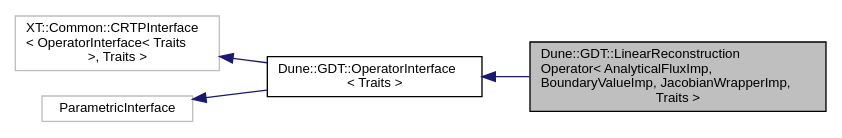
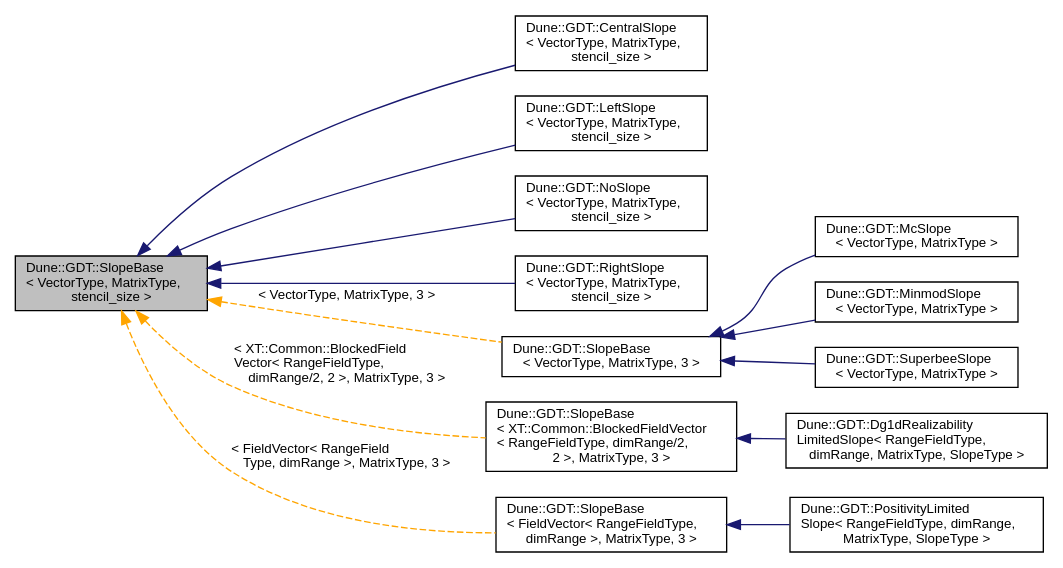
The diagram in docs/dune-gdt/''/a02043.dot (dune-community/dune-community.github.io), drawn with Graphviz before and after one commit. The commit also changed 2442 other files, not shown here.

Commit message:
Updated documentation for dune-gdt ''

```diff
--- a/docs/dune-gdt/''/a02043.dot
+++ b/docs/dune-gdt/''/a02043.dot
@@ -1,13 +1,31 @@
-digraph "Dune::GDT::LinearReconstructionOperator&lt; AnalyticalFluxImp, BoundaryValueImp, JacobianWrapperImp, Traits &gt;"
+digraph "Dune::GDT::SlopeBase&lt; VectorType, MatrixType, stencil_size &gt;"
 {
   edge [fontname="Helvetica",fontsize="10",labelfontname="Helvetica",labelfontsize="10"];
   node [fontname="Helvetica",fontsize="10",shape=record];
   rankdir="LR";
-  Node0 [label="Dune::GDT::LinearReconstruction\lOperator\< AnalyticalFluxImp,\l BoundaryValueImp, JacobianWrapperImp,\l Traits \>",height=0.2,width=0.4,color="black", fillcolor="grey75", style="filled", fontcolor="black"];
-  Node1 -> Node0 [dir="back",color="midnightblue",fontsize="10",style="solid",fontname="Helvetica"];
-  Node1 [label="Dune::GDT::OperatorInterface\l\< Traits \>",height=0.2,width=0.4,color="black", fillcolor="white", style="filled",URL="$a02136.html"];
-  Node2 -> Node1 [dir="back",color="midnightblue",fontsize="10",style="solid",fontname="Helvetica"];
-  Node2 [label="XT::Common::CRTPInterface\l\< OperatorInterface\< Traits\l \>, Traits \>",height=0.2,width=0.4,color="grey75", fillcolor="white", style="filled"];
-  Node3 -> Node1 [dir="back",color="midnightblue",fontsize="10",style="solid",fontname="Helvetica"];
-  Node3 [label="ParametricInterface",height=0.2,width=0.4,color="grey75", fillcolor="white", style="filled"];
+  Node0 [label="Dune::GDT::SlopeBase\l\< VectorType, MatrixType,\l stencil_size \>",height=0.2,width=0.4,color="black", fillcolor="grey75", style="filled", fontcolor="black"];
+  Node0 -> Node1 [dir="back",color="midnightblue",fontsize="10",style="solid",fontname="Helvetica"];
+  Node1 [label="Dune::GDT::CentralSlope\l\< VectorType, MatrixType,\l stencil_size \>",height=0.2,width=0.4,color="black", fillcolor="white", style="filled",URL="$a02048.html"];
+  Node0 -> Node2 [dir="back",color="midnightblue",fontsize="10",style="solid",fontname="Helvetica"];
+  Node2 [label="Dune::GDT::LeftSlope\l\< VectorType, MatrixType,\l stencil_size \>",height=0.2,width=0.4,color="black", fillcolor="white", style="filled",URL="$a02052.html"];
+  Node0 -> Node3 [dir="back",color="midnightblue",fontsize="10",style="solid",fontname="Helvetica"];
+  Node3 [label="Dune::GDT::NoSlope\l\< VectorType, MatrixType,\l stencil_size \>",height=0.2,width=0.4,color="black", fillcolor="white", style="filled",URL="$a02060.html"];
+  Node0 -> Node4 [dir="back",color="midnightblue",fontsize="10",style="solid",fontname="Helvetica"];
+  Node4 [label="Dune::GDT::RightSlope\l\< VectorType, MatrixType,\l stencil_size \>",height=0.2,width=0.4,color="black", fillcolor="white", style="filled",URL="$a02056.html"];
+  Node0 -> Node5 [dir="back",color="orange",fontsize="10",style="dashed",label=" \< VectorType, MatrixType, 3 \>" ,fontname="Helvetica"];
+  Node5 [label="Dune::GDT::SlopeBase\l\< VectorType, MatrixType, 3 \>",height=0.2,width=0.4,color="black", fillcolor="white", style="filled",URL="$a02044.html"];
+  Node5 -> Node6 [dir="back",color="midnightblue",fontsize="10",style="solid",fontname="Helvetica"];
+  Node6 [label="Dune::GDT::McSlope\l\< VectorType, MatrixType \>",height=0.2,width=0.4,color="black", fillcolor="white", style="filled",URL="$a02068.html"];
+  Node5 -> Node7 [dir="back",color="midnightblue",fontsize="10",style="solid",fontname="Helvetica"];
+  Node7 [label="Dune::GDT::MinmodSlope\l\< VectorType, MatrixType \>",height=0.2,width=0.4,color="black", fillcolor="white", style="filled",URL="$a02064.html"];
+  Node5 -> Node8 [dir="back",color="midnightblue",fontsize="10",style="solid",fontname="Helvetica"];
+  Node8 [label="Dune::GDT::SuperbeeSlope\l\< VectorType, MatrixType \>",height=0.2,width=0.4,color="black", fillcolor="white", style="filled",URL="$a02072.html"];
+  Node0 -> Node9 [dir="back",color="orange",fontsize="10",style="dashed",label=" \< XT::Common::BlockedField\lVector\< RangeFieldType,\l dimRange/2, 2 \>, MatrixType, 3 \>" ,fontname="Helvetica"];
+  Node9 [label="Dune::GDT::SlopeBase\l\< XT::Common::BlockedFieldVector\l\< RangeFieldType, dimRange/2,\l 2 \>, MatrixType, 3 \>",height=0.2,width=0.4,color="black", fillcolor="white", style="filled",URL="$a02044.html"];
+  Node9 -> Node10 [dir="back",color="midnightblue",fontsize="10",style="solid",fontname="Helvetica"];
+  Node10 [label="Dune::GDT::Dg1dRealizability\lLimitedSlope\< RangeFieldType,\l dimRange, MatrixType, SlopeType \>",height=0.2,width=0.4,color="black", fillcolor="white", style="filled",URL="$a02080.html"];
+  Node0 -> Node11 [dir="back",color="orange",fontsize="10",style="dashed",label=" \< FieldVector\< RangeField\lType, dimRange \>, MatrixType, 3 \>" ,fontname="Helvetica"];
+  Node11 [label="Dune::GDT::SlopeBase\l\< FieldVector\< RangeFieldType,\l dimRange \>, MatrixType, 3 \>",height=0.2,width=0.4,color="black", fillcolor="white", style="filled",URL="$a02044.html"];
+  Node11 -> Node12 [dir="back",color="midnightblue",fontsize="10",style="solid",fontname="Helvetica"];
+  Node12 [label="Dune::GDT::PositivityLimited\lSlope\< RangeFieldType, dimRange,\l MatrixType, SlopeType \>",height=0.2,width=0.4,color="black", fillcolor="white", style="filled",URL="$a02076.html"];
 }
```
